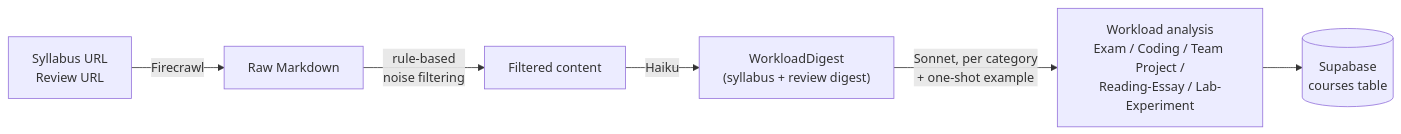
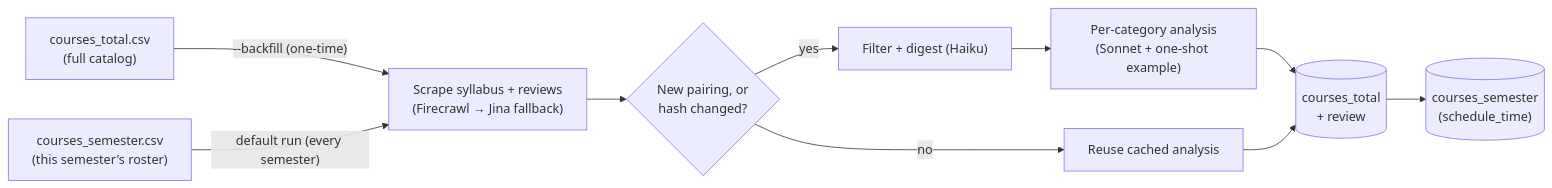
One commit to JHshin6688/LionPlanner changed the first of 2 diagrams in README.md. Above: the diagram before and after it, drawn with Mermaid. The commit also changed other lines of this file and 2 other files, not shown here.

````diff
--- a/README.md
+++ b/README.md
@@ -107,8 +129,12 @@
 ```mermaid
 flowchart LR
-    A["Syllabus URL\nReview URL"] -->|Firecrawl| B["Raw Markdown"]
-    B -->|rule-based\nnoise filtering| C["Filtered content"]
-    C -->|Haiku| D["WorkloadDigest\n(syllabus + review digest)"]
-    D -->|Sonnet, per category\n+ one-shot example| E["Workload analysis\nExam / Coding / Team Project /\nReading-Essay / Lab-Experiment"]
-    E --> F[("Supabase\ncourses table")]
+    A["courses_total.csv\n(full catalog)"] -->|"--backfill (one-time)"| S
+    B["courses_semester.csv\n(this semester's roster)"] -->|"default run (every semester)"| S["Scrape syllabus + reviews\n(Firecrawl → Jina fallback)"]
+    S --> D{"New pairing, or\nhash changed?"}
+    D -->|no| CACHE["Reuse cached analysis"]
+    D -->|yes| F["Filter + digest (Haiku)"]
+    F --> AN["Per-category analysis\n(Sonnet + one-shot example)"]
+    AN --> CT[("courses_total\n+ review")]
+    CACHE --> CT
+    CT --> CS[("courses_semester\n(schedule_time)")]
 ```
````
